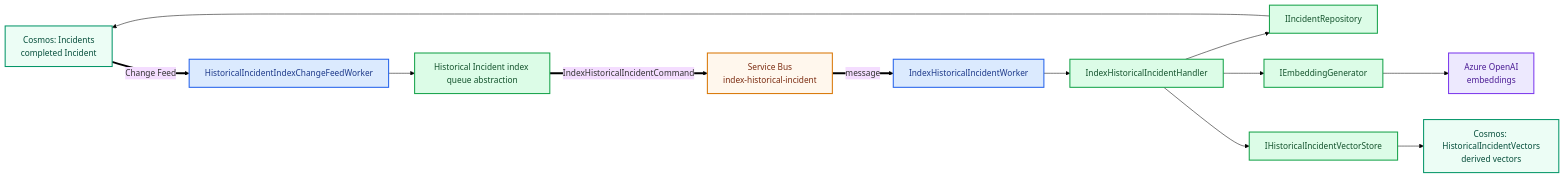
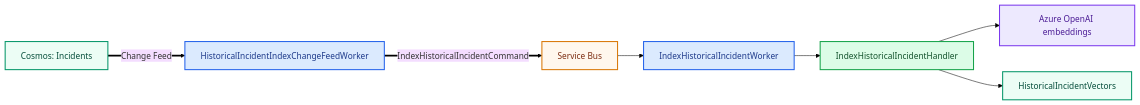
The diagram in docs/flows/historical-incident-indexing.md (danielmusselwhite/IncidentIQ), drawn with Mermaid before and after one commit. The commit also changed other lines of this file and 24 other files, not shown here.

````diff
--- a/docs/flows/historical-incident-indexing.md
+++ b/docs/flows/historical-incident-indexing.md
@@ -20,23 +14,16 @@
 ```mermaid
 %%{init: {"theme":"base","themeVariables":{"background":"#ffffff"}} }%%
 flowchart LR
-    Incidents["Cosmos: Incidents<br/>completed Incident"]:::data
-    Incidents ==>|"Change Feed"| Relay["HistoricalIncidentIndexChangeFeedWorker"]:::host
-    Relay --> QueuePort["Historical Incident index queue abstraction"]:::app
-    QueuePort ==>|"IndexHistoricalIncidentCommand"| Queue["Service Bus<br/>index-historical-incident"]:::msg
-    Queue ==>|"message"| Worker["IndexHistoricalIncidentWorker"]:::host
+    Incidents["Cosmos: Incidents"]:::data ==>|Change Feed| Relay["HistoricalIncidentIndexChangeFeedWorker"]:::host
+    Relay ==>|IndexHistoricalIncidentCommand| Bus["Service Bus"]:::msg
+    Bus --> Worker["IndexHistoricalIncidentWorker"]:::host
     Worker --> Handler["IndexHistoricalIncidentHandler"]:::app
-
-    Handler --> Repo["IIncidentRepository"]:::app
-    Repo --> Incidents
-    Handler --> Embed["IEmbeddingGenerator"]:::app
-    Embed --> AI["Azure OpenAI<br/>embeddings"]:::ai
-    Handler --> Store["IHistoricalIncidentVectorStore"]:::app
-    Store --> Vectors["Cosmos: HistoricalIncidentVectors<br/>derived vectors"]:::data
+    Handler --> AI["Azure OpenAI embeddings"]:::ai
+    Handler --> Vectors["HistoricalIncidentVectors"]:::data
 
     classDef host fill:#dbeafe,stroke:#2563eb,color:#1e3a8a,stroke-width:2px;
     classDef app fill:#dcfce7,stroke:#16a34a,color:#14532d,stroke-width:2px;
     classDef data fill:#ecfdf5,stroke:#059669,color:#064e3b,stroke-width:2px;
     classDef msg fill:#fff7ed,stroke:#d97706,color:#7c2d12,stroke-width:2px;
     classDef ai fill:#ede9fe,stroke:#7c3aed,color:#4c1d95,stroke-width:2px;
 ```
````
